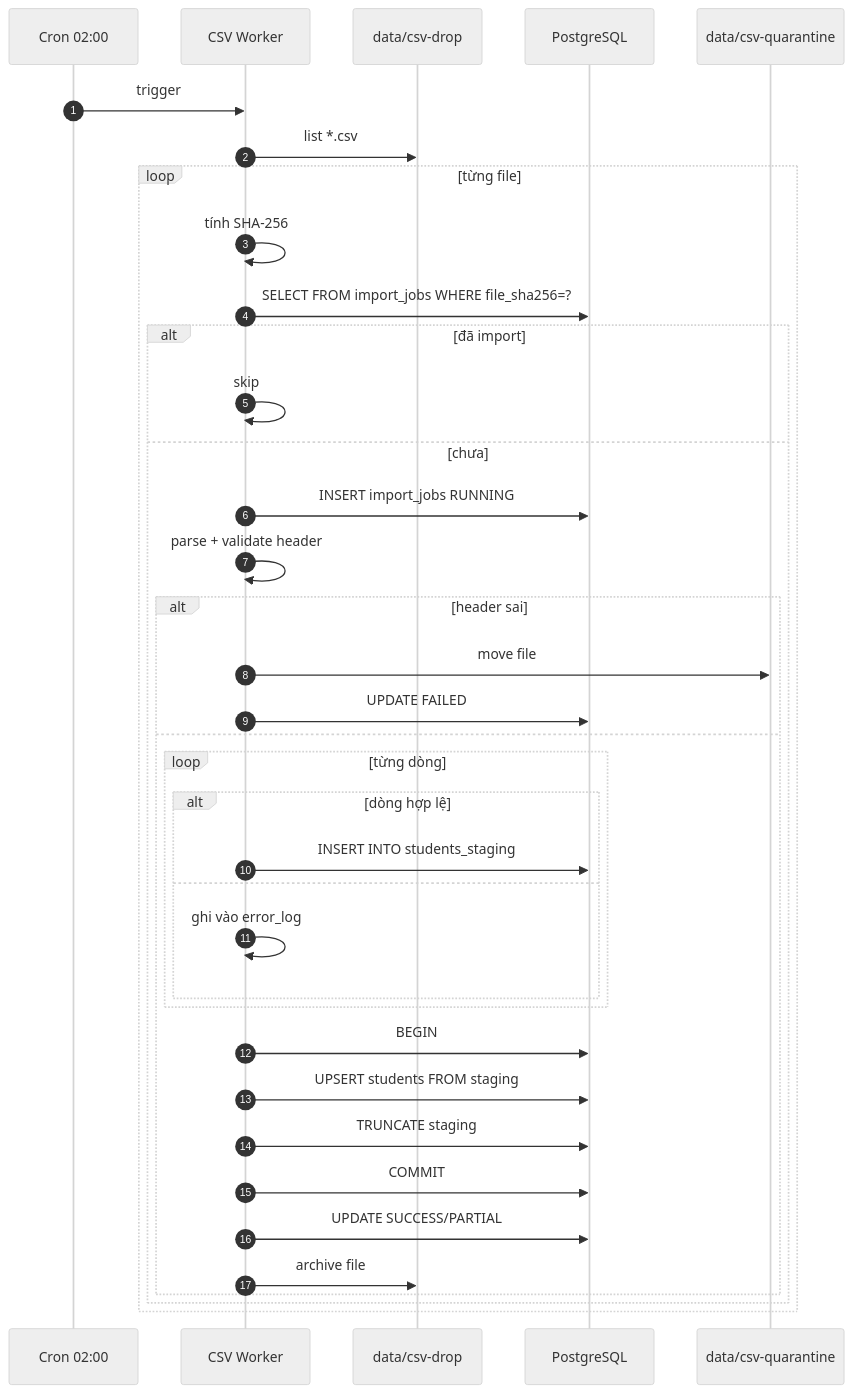
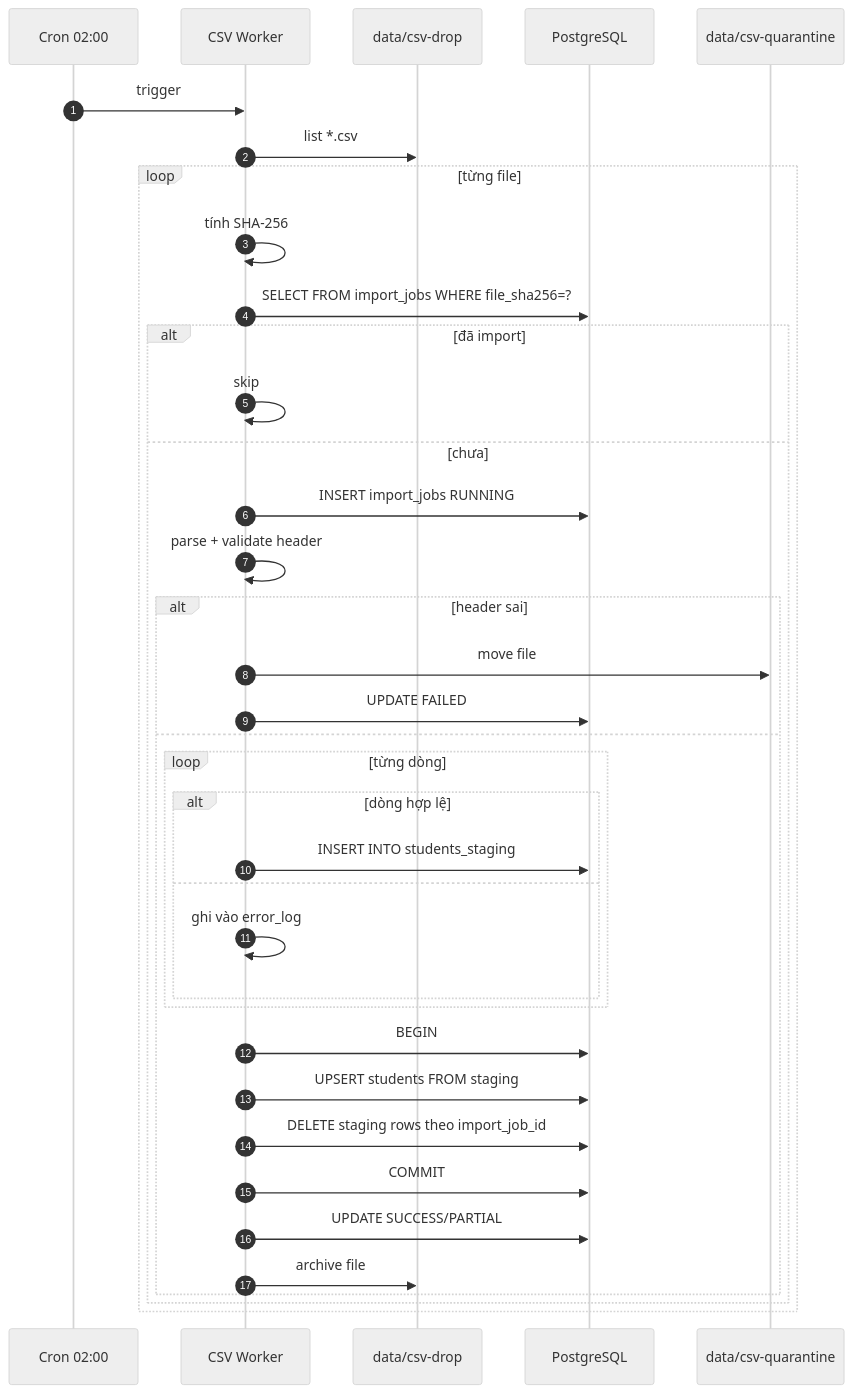
One commit to ThangTo/UniHub-Workshop changed the fourth of 6 diagrams in blueprint/design.md. Above: the diagram before and after it, drawn with Mermaid (neutral theme). The commit also changed other lines of this file and 11 other files, not shown here.

````diff
--- a/blueprint/design.md
+++ b/blueprint/design.md
@@ -615,40 +615,40 @@
 ```mermaid
 sequenceDiagram
     autonumber
     participant Cron as Cron 02:00
     participant W as CSV Worker
     participant FS as data/csv-drop
     participant DB as PostgreSQL
     participant Q as data/csv-quarantine
 
     Cron->>W: trigger
     W->>FS: list *.csv
     loop từng file
         W->>W: tính SHA-256
         W->>DB: SELECT FROM import_jobs WHERE file_sha256=?
         alt đã import
             W->>W: skip
         else chưa
             W->>DB: INSERT import_jobs RUNNING
             W->>W: parse + validate header
             alt header sai
                 W->>Q: move file
                 W->>DB: UPDATE FAILED
             else
                 loop từng dòng
                     alt dòng hợp lệ
                         W->>DB: INSERT INTO students_staging
                     else
                         W->>W: ghi vào error_log
                     end
                 end
                 W->>DB: BEGIN
                 W->>DB: UPSERT students FROM staging
-                W->>DB: TRUNCATE staging
+                W->>DB: DELETE staging rows theo import_job_id
                 W->>DB: COMMIT
                 W->>DB: UPDATE SUCCESS/PARTIAL
                 W->>FS: archive file
             end
         end
     end
 ```
````
